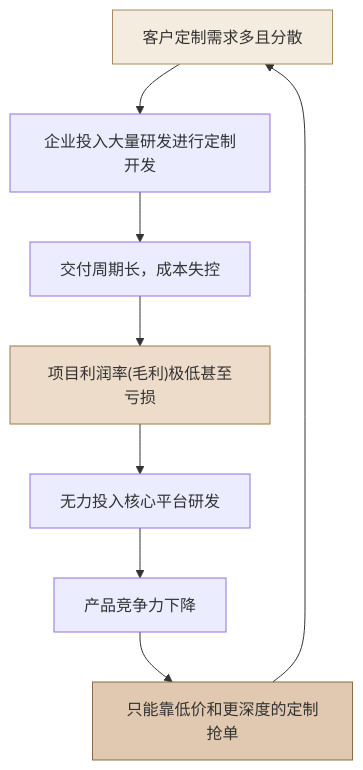
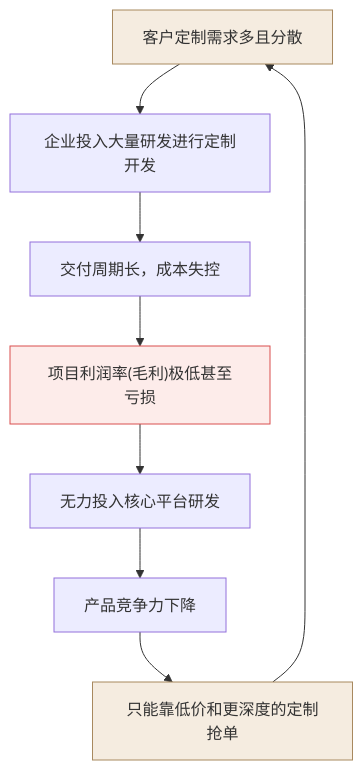
The first of 3 diagrams in textbook/第02章_为什么需要FDE.md (cloudzun/fde-course), drawn with Mermaid before and after one commit. The commit also changed other lines of this file and 12 other files, not shown here.

Commit message:
style: 全库21张mermaid图规范化——节点ID语义化+品牌色统一+补齐图注，第11章新增反馈环路图

````diff
--- a/textbook/第02章_为什么需要FDE.md
+++ b/textbook/第02章_为什么需要FDE.md
@@ -10,14 +10,14 @@
 ```mermaid
 graph TD
-    A["客户定制需求多且分散"] --> B["企业投入大量研发进行定制开发"]
-    B --> C["交付周期长，成本失控"]
-    C --> D["项目利润率(毛利)极低甚至亏损"]
-    D --> E["无力投入核心平台研发"]
-    E --> F["产品竞争力下降"]
-    F --> G["只能靠低价和更深度的定制抢单"]
-    G --> A
+    cust["客户定制需求多且分散"] --> rd["企业投入大量研发进行定制开发"]
+    rd --> delivery["交付周期长，成本失控"]
+    delivery --> loss["项目利润率(毛利)极低甚至亏损"]
+    loss --> noRnd["无力投入核心平台研发"]
+    noRnd --> compet["产品竞争力下降"]
+    compet --> lowprice["只能靠低价和更深度的定制抢单"]
+    lowprice --> cust
     
-    style A fill:#f5ece0,stroke:#a8895f
-    style D fill:#ecdcc9,stroke:#9a7b4f
-    style G fill:#e0c9b0,stroke:#8a6a42
+    style cust fill:#f5ece0,stroke:#a8895f
+    style loss fill:#fdecea,stroke:#d94f4f
+    style lowprice fill:#f5ece0,stroke:#a8895f
 ```
````
